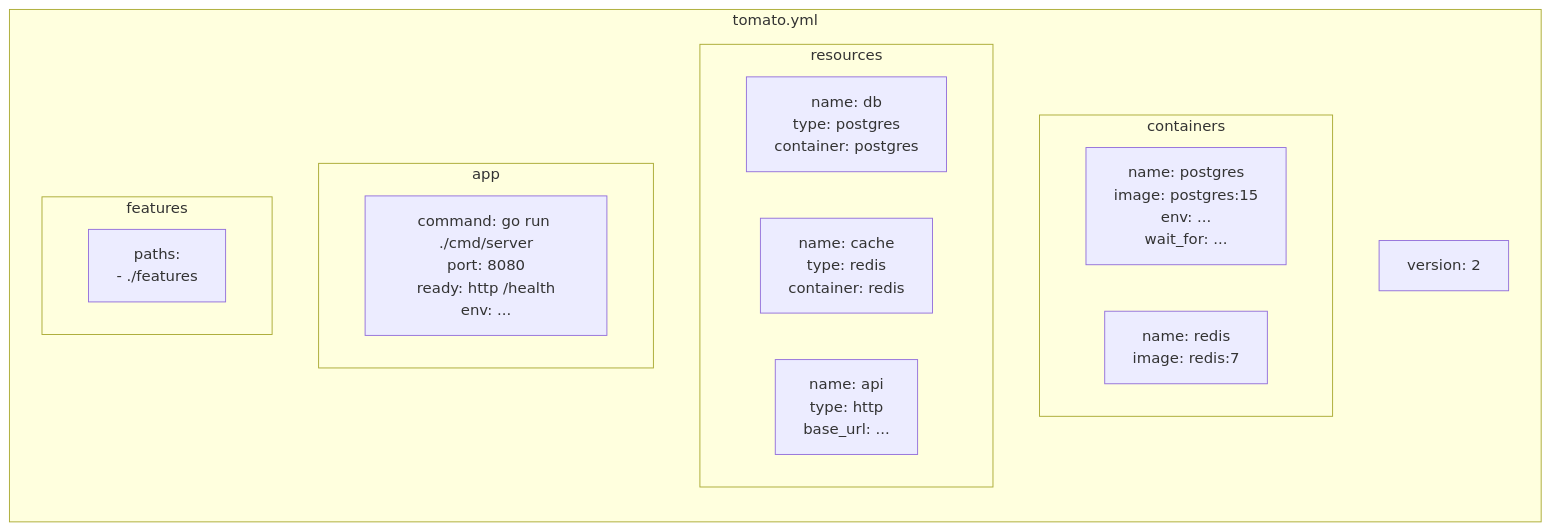
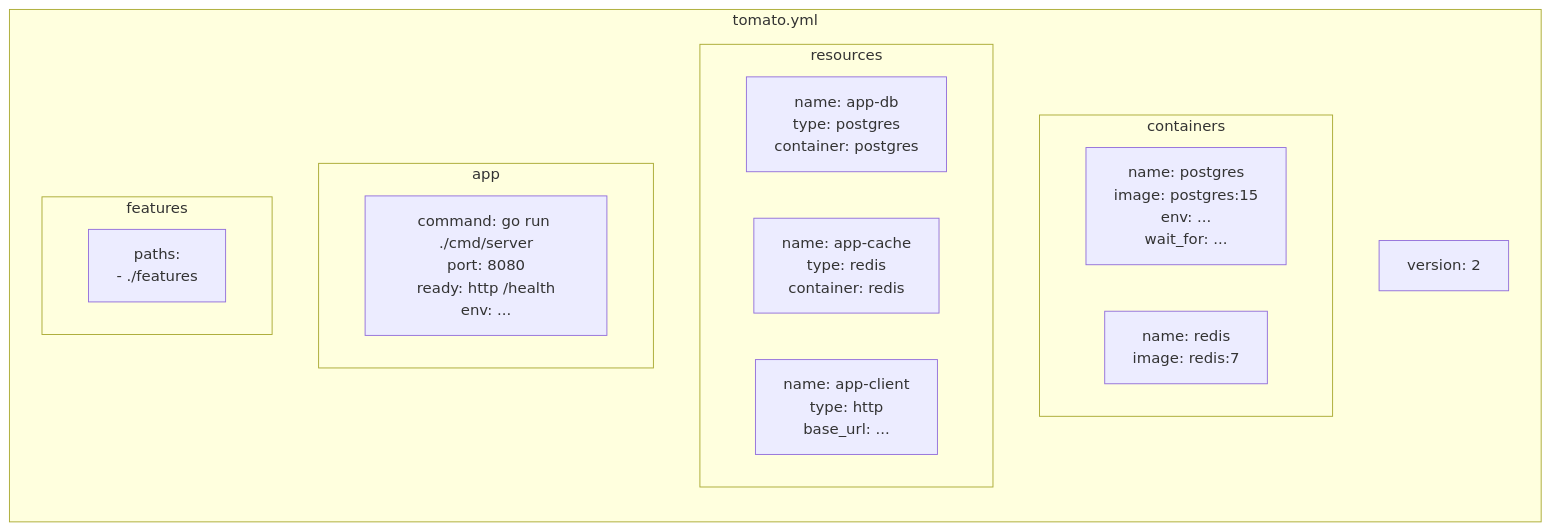
Before and after one commit to tomatool/tomato: the eighth of 9 diagrams in docs/developer-guide/architecture.md, drawn with Mermaid. The commit also changed other lines of this file and 92 other files, not shown here.

````diff
--- a/docs/developer-guide/architecture.md
+++ b/docs/developer-guide/architecture.md
@@ -322,26 +322,26 @@
 ```mermaid
 flowchart TB
     subgraph tomato.yml
         direction TB
         V[version: 2]
 
         subgraph containers
             C1[name: postgres<br/>image: postgres:15<br/>env: ...<br/>wait_for: ...]
             C2[name: redis<br/>image: redis:7]
         end
 
         subgraph resources
-            R1[name: db<br/>type: postgres<br/>container: postgres]
-            R2[name: cache<br/>type: redis<br/>container: redis]
-            R3[name: api<br/>type: http<br/>base_url: ...]
+            R1[name: app-db<br/>type: postgres<br/>container: postgres]
+            R2[name: app-cache<br/>type: redis<br/>container: redis]
+            R3[name: app-client<br/>type: http<br/>base_url: ...]
         end
 
         subgraph app
             A[command: go run ./cmd/server<br/>port: 8080<br/>ready: http /health<br/>env: ...]
         end
 
         subgraph features
             F[paths:<br/>  - ./features]
         end
     end
 ```
````
